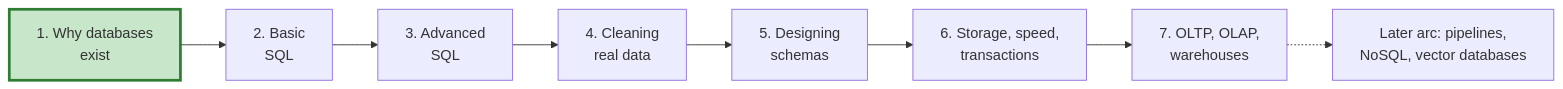
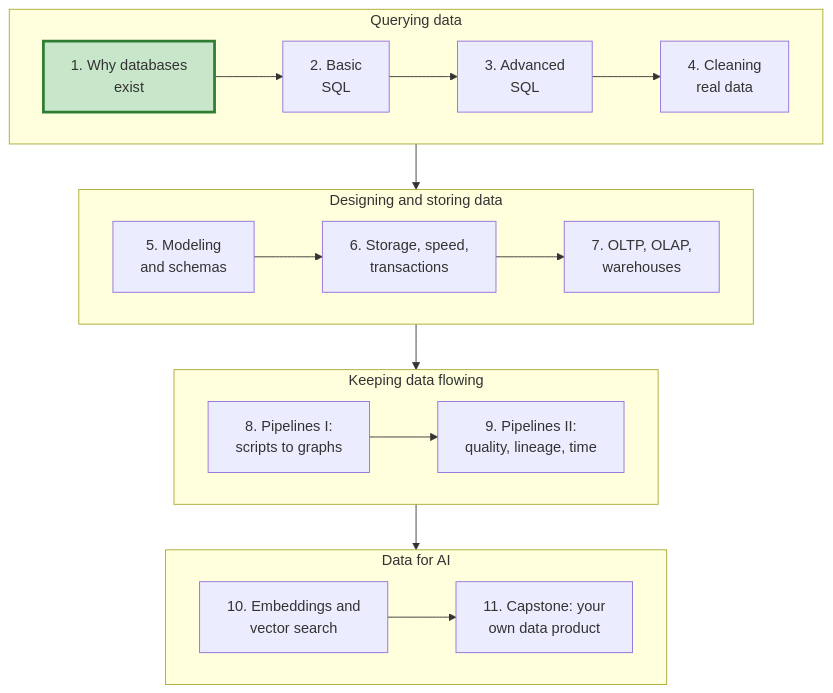
The second of 2 diagrams in project/docs/Data_Engineer/notebook_01_why_databases_exist.qmd (ubcecon/praxis-ubc), drawn with Mermaid before and after one commit. The commit also changed other lines of this file, not shown here.

Commit message:
Update Mermaid in NB1 to fit new structure

````diff
--- a/project/docs/Data_Engineer/notebook_01_why_databases_exist.qmd
+++ b/project/docs/Data_Engineer/notebook_01_why_databases_exist.qmd
@@ -251,6 +251,21 @@
 ```{mermaid}
-flowchart LR
-    NB1["1. Why databases<br/>exist"] --> NB2["2. Basic<br/>SQL"] --> NB3["3. Advanced<br/>SQL"] --> NB4["4. Cleaning<br/>real data"] --> NB5["5. Designing<br/>schemas"] --> NB6["6. Storage, speed,<br/>transactions"] --> NB7["7. OLTP, OLAP,<br/>warehouses"]
-    NB7 -.-> Future["Later arc: pipelines,<br/>NoSQL, vector databases"]
+flowchart TB
+    subgraph ARC1["Querying data"]
+        direction LR
+        NB1["1. Why databases<br/>exist"] --> NB2["2. Basic<br/>SQL"] --> NB3["3. Advanced<br/>SQL"] --> NB4["4. Cleaning<br/>real data"]
+    end
+    subgraph ARC2["Designing and storing data"]
+        direction LR
+        NB5["5. Modeling<br/>and schemas"] --> NB6["6. Storage, speed,<br/>transactions"] --> NB7["7. OLTP, OLAP,<br/>warehouses"]
+    end
+    subgraph ARC3["Keeping data flowing"]
+        direction LR
+        NB8["8. Pipelines I:<br/>scripts to graphs"] --> NB9["9. Pipelines II:<br/>quality, lineage, time"]
+    end
+    subgraph ARC4["Data for AI"]
+        direction LR
+        NB10["10. Embeddings and<br/>vector search"] --> NB11["11. Capstone: your<br/>own data product"]
+    end
+    ARC1 --> ARC2 --> ARC3 --> ARC4
     style NB1 fill:#c8e6c9,stroke:#2e7d32,stroke-width:3px
 ```
````
